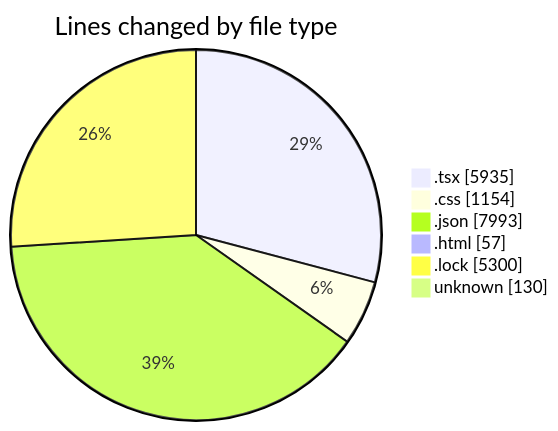
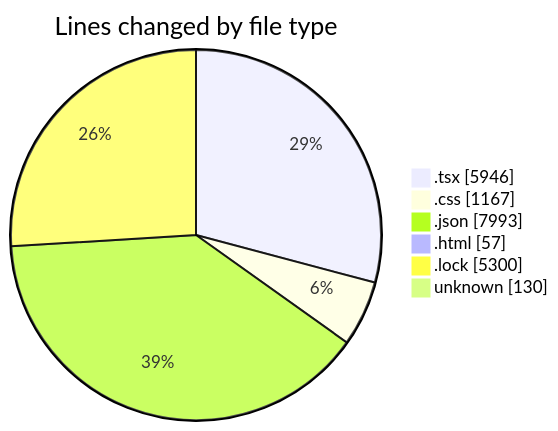
Before and after one commit to EIIisD/code-tracking: the first of 2 diagrams in 2025-08-12/ribbon/README.md, drawn with Mermaid. The commit also changed other lines of this file and 1 other file, not shown here.

````diff
--- a/2025-08-12/ribbon/README.md
+++ b/2025-08-12/ribbon/README.md
@@ -45,10 +45,10 @@
 ```mermaid
 pie showData
 title Lines changed by file type
-".tsx" : 5935
-".css" : 1154
+".tsx" : 5946
+".css" : 1167
 ".json" : 7993
 ".html" : 57
 ".lock" : 5300
 "unknown" : 130
 ```
````
